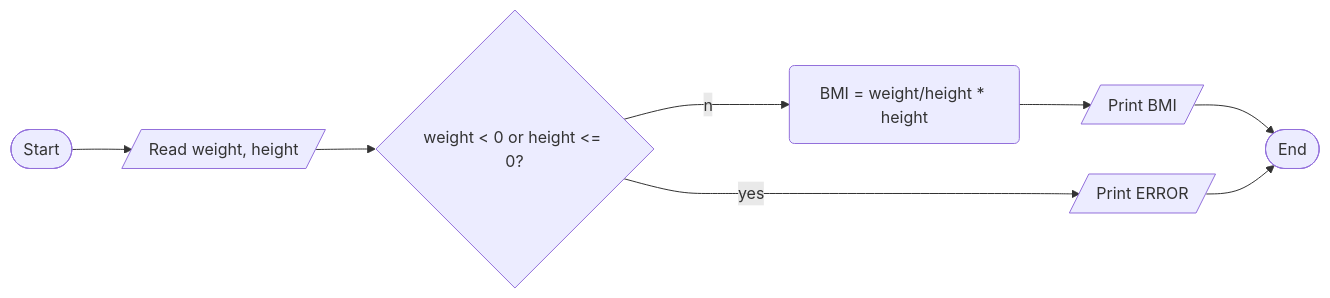
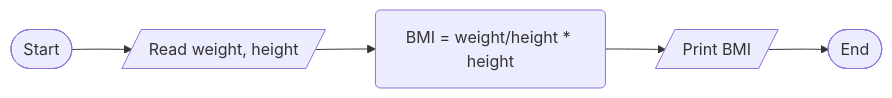
One commit to SWEG-2015EC-Batch/Byte-Bandits changed the diagram in ETS1512_15_ZERUBBABEL_MESSELE/ch-2-PE/q1/ch 2 PE q1.md. Above: the diagram before and after it, drawn with Mermaid.

Commit message:
Update ch 2 PE q1.md

````diff
--- a/ETS1512_15_ZERUBBABEL_MESSELE/ch-2-PE/q1/ch 2 PE q1.md
+++ b/ETS1512_15_ZERUBBABEL_MESSELE/ch-2-PE/q1/ch 2 PE q1.md
@@ -20,17 +20,12 @@
 ```mermaid
 graph LR;
 id1([Start]);
 id2[/Read weight, height/];
-id4{weight < 0 or height <= 0?};
 id3(BMI = weight/height * height);
-id5[/Print BMI/];
-id7[/Print ERROR/];
-id6([End]);
+id4[/Print BMI/];
+id5([End]);
 id1-->id2;
-id2-->id4;
-id4--yes-->id7;
-id4--no-->id3;
-id3-->id5;
-id5-->id6;
-id7-->id6;
+id2-->id3;
+id3-->id4;
+id4-->id5;
 ```
````
